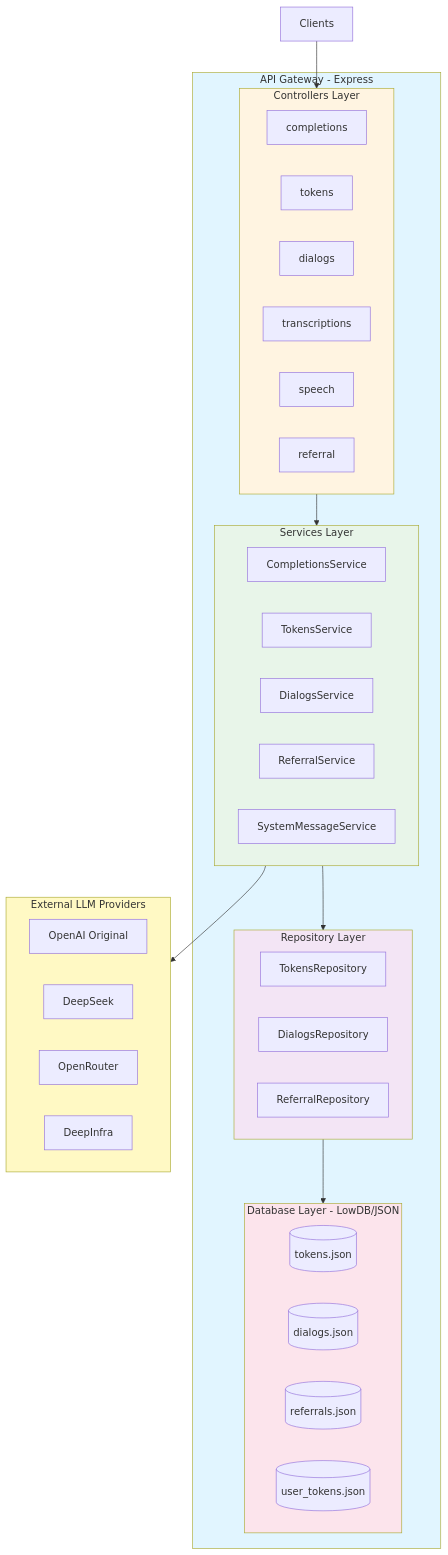
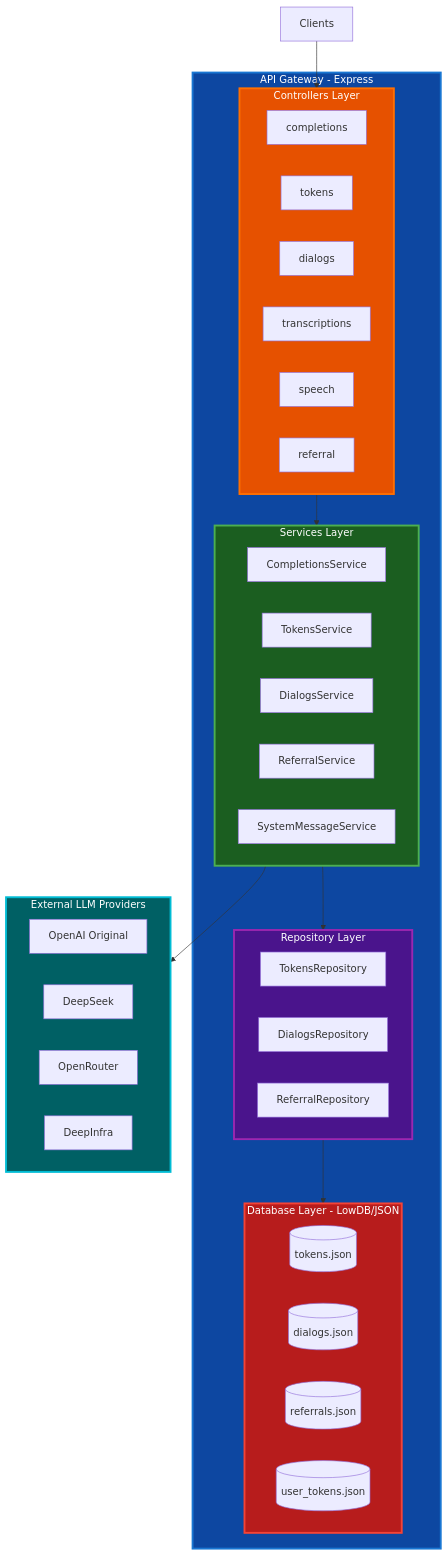
One commit to deep-assistant/api-gateway changed the first of 5 diagrams in ARCHITECTURE.md. Above: the diagram before and after it, drawn with Mermaid. The commit also changed other lines of this file, not shown here.

Commit message:
Fix architecture draft diagrams

````diff
--- a/ARCHITECTURE.md
+++ b/ARCHITECTURE.md
@@ -18,56 +18,56 @@
 ```mermaid
 graph TB
     Clients[Clients]
 
     subgraph Gateway[API Gateway - Express]
         subgraph Controllers[Controllers Layer]
             CC[completions]
             TC[tokens]
             DC[dialogs]
             TRC[transcriptions]
             SC[speech]
             RC[referral]
         end
 
         subgraph Services[Services Layer]
             CS[CompletionsService]
             TS[TokensService]
             DS[DialogsService]
             RS[ReferralService]
             SMS[SystemMessageService]
         end
 
         subgraph Repositories[Repository Layer]
             TR[TokensRepository]
             DR[DialogsRepository]
             RR[ReferralRepository]
         end
 
         subgraph Database[Database Layer - LowDB/JSON]
             TDB[(tokens.json)]
             DDB[(dialogs.json)]
             REFA[(referrals.json)]
             UTB[(user_tokens.json)]
         end
     end
 
     subgraph Providers[External LLM Providers]
         OAI[OpenAI Original]
         DS_P[DeepSeek]
         OR[OpenRouter]
         DI[DeepInfra]
     end
 
     Clients --> Controllers
     Controllers --> Services
     Services --> Repositories
     Repositories --> Database
     Services --> Providers
 
-    style Gateway fill:#e1f5ff
-    style Controllers fill:#fff4e1
-    style Services fill:#e8f5e9
-    style Repositories fill:#f3e5f5
-    style Database fill:#fce4ec
-    style Providers fill:#fff9c4
+    style Gateway fill:#0d47a1,stroke:#1976d2,stroke-width:3px,color:#fff
+    style Controllers fill:#e65100,stroke:#ff6f00,stroke-width:3px,color:#fff
+    style Services fill:#1b5e20,stroke:#4caf50,stroke-width:3px,color:#fff
+    style Repositories fill:#4a148c,stroke:#9c27b0,stroke-width:3px,color:#fff
+    style Database fill:#b71c1c,stroke:#f44336,stroke-width:3px,color:#fff
+    style Providers fill:#006064,stroke:#00bcd4,stroke-width:3px,color:#fff
 ```
````
